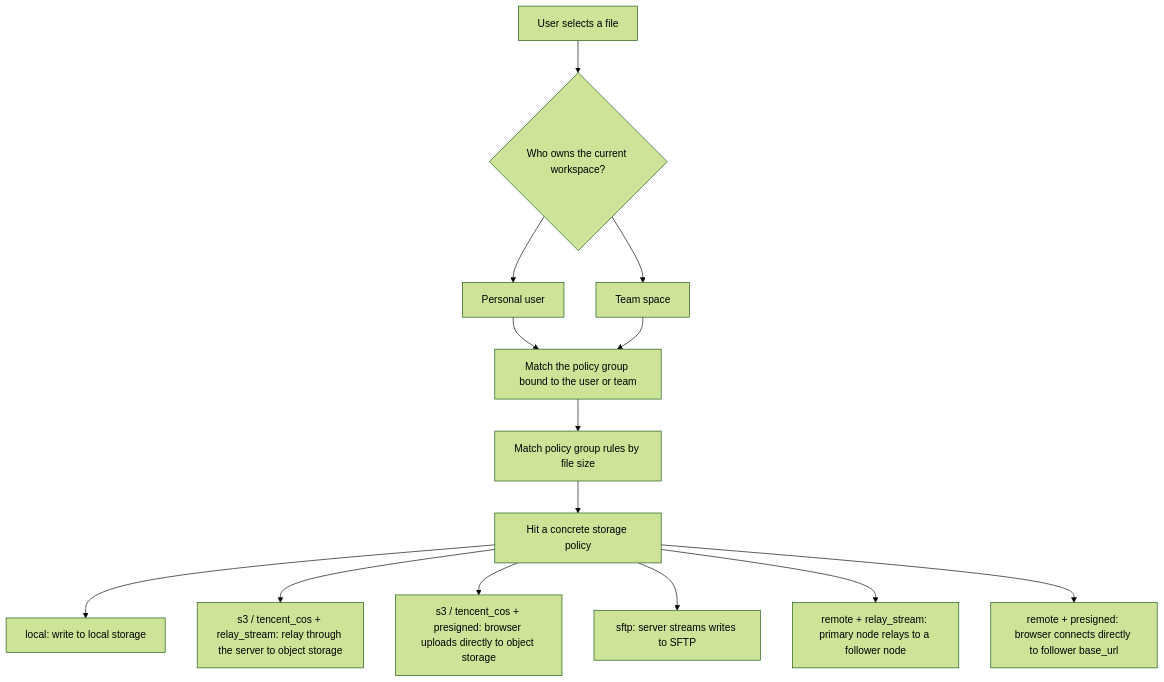
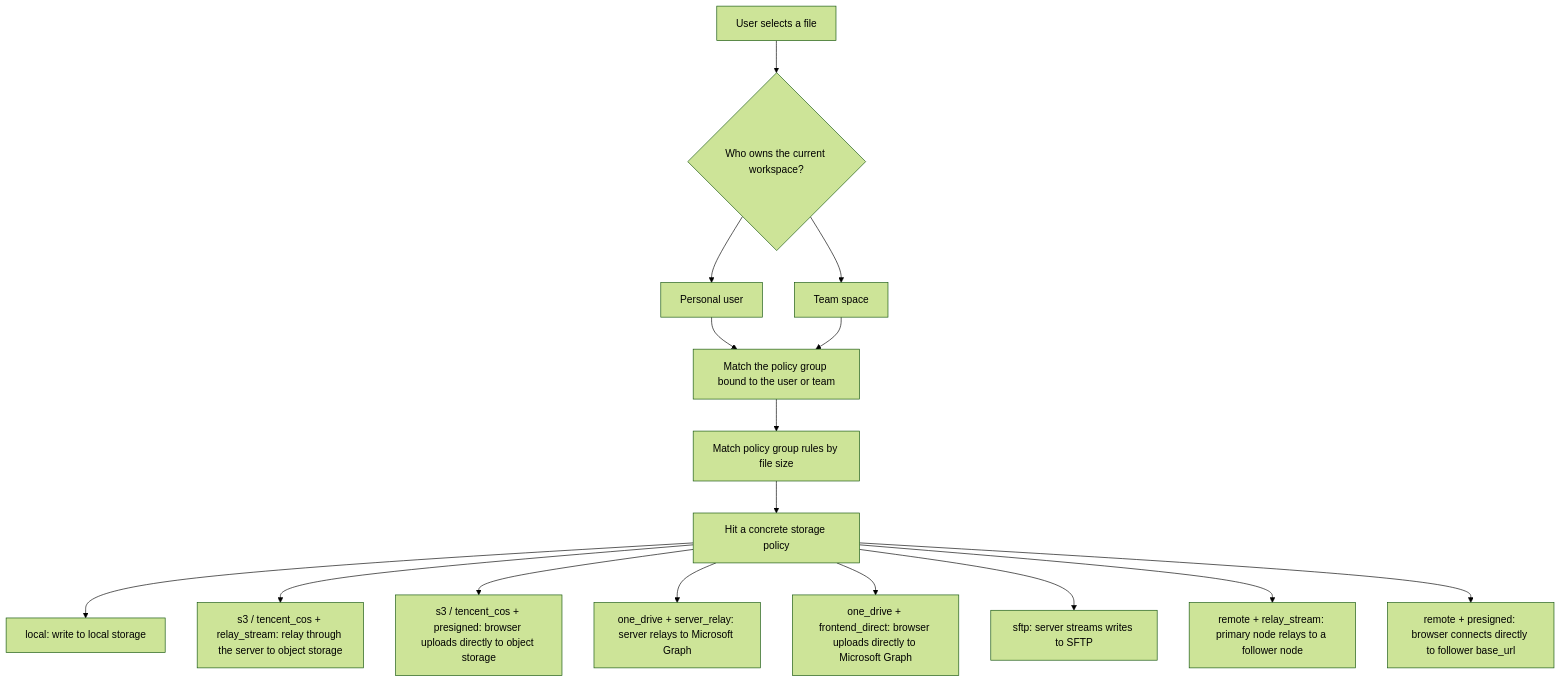
One commit to EleProCoress/AsterDrive changed the diagram in docs/en/guide/upload-modes.md. Above: the diagram before and after it, drawn with Mermaid (forest theme). The commit also changed other lines of this file and 67 other files, not shown here.

First line of the commit message:
feat(upload): add OneDrive browser-direct resumable upload strategy (#414)

````diff
--- a/docs/en/guide/upload-modes.md
+++ b/docs/en/guide/upload-modes.md
@@ -17,16 +17,18 @@
 ```mermaid
 flowchart TD
   Select["User selects a file"] --> Owner{"Who owns the current workspace?"}
   Owner --> Personal["Personal user"]
   Owner --> Team["Team space"]
   Personal --> Group["Match the policy group bound to the user or team"]
   Team --> Group
   Group --> SizeRule["Match policy group rules by file size"]
   SizeRule --> Policy["Hit a concrete storage policy"]
   Policy --> Local["local: write to local storage"]
   Policy --> S3Relay["s3 / tencent_cos + relay_stream: relay through the server to object storage"]
   Policy --> S3Presigned["s3 / tencent_cos + presigned: browser uploads directly to object storage"]
+  Policy --> OneDriveRelay["one_drive + server_relay: server relays to Microsoft Graph"]
+  Policy --> OneDriveDirect["one_drive + frontend_direct: browser uploads directly to Microsoft Graph"]
   Policy --> SftpRelay["sftp: server streams writes to SFTP"]
   Policy --> RemoteRelay["remote + relay_stream: primary node relays to a follower node"]
   Policy --> RemotePresigned["remote + presigned: browser connects directly to follower base_url"]
 ```
````
